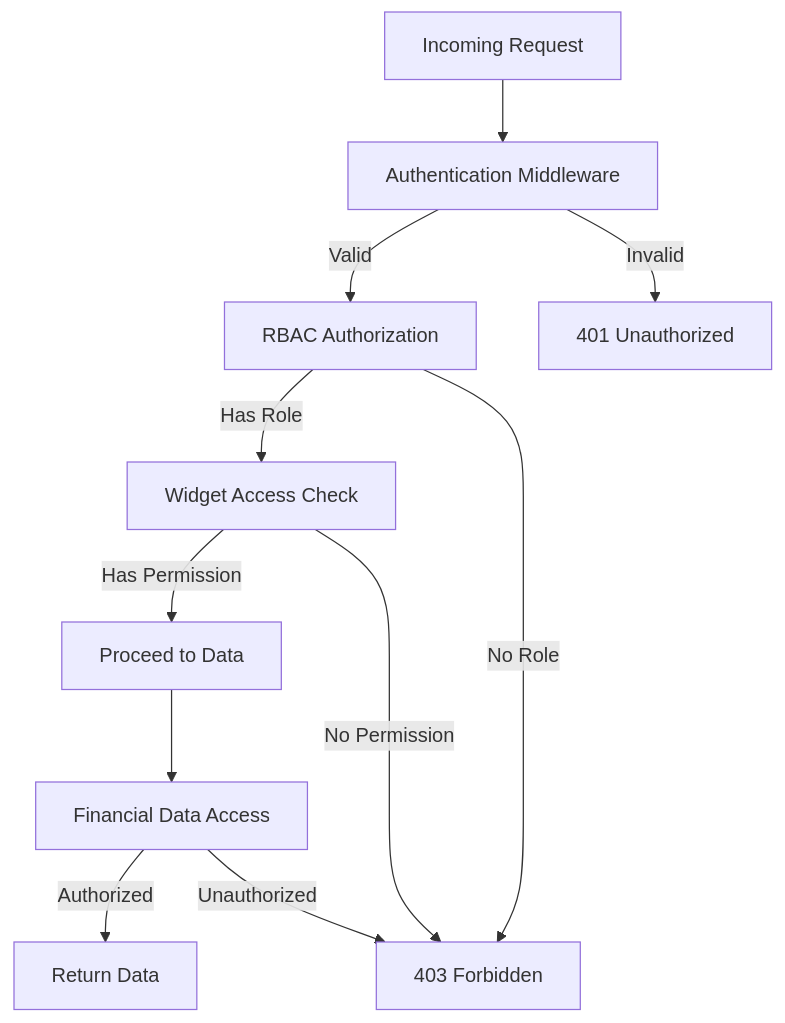
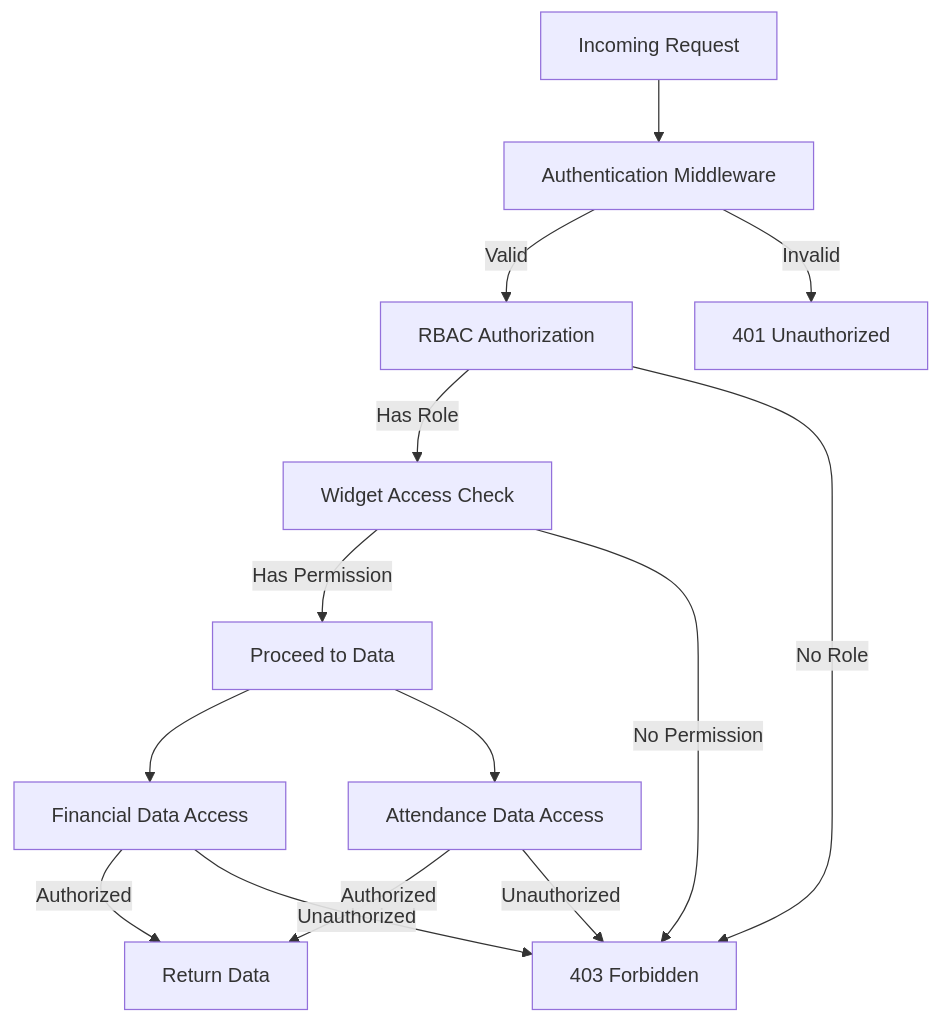
Before and after one commit to franckylab/eLISAschool: the tenth of 14 diagrams in .qoder/repowiki/en/content/Modules & Features/Dashboard System Implementation.md, drawn with Mermaid. The commit also changed other lines of this file and 433 other files, not shown here.

````diff
--- a/.qoder/repowiki/en/content/Modules & Features/Dashboard System Implementation.md
+++ b/.qoder/repowiki/en/content/Modules & Features/Dashboard System Implementation.md
@@ -413,13 +535,16 @@
 ```mermaid
 flowchart TD
 Request[Incoming Request] --> AuthCheck[Authentication Middleware]
 AuthCheck --> |Valid| RBAC[RBAC Authorization]
 AuthCheck --> |Invalid| Unauthorized[401 Unauthorized]
 RBAC --> |Has Role| WidgetAccess[Widget Access Check]
 RBAC --> |No Role| Forbidden[403 Forbidden]
 WidgetAccess --> |Has Permission| Proceed[Proceed to Data]
 WidgetAccess --> |No Permission| Forbidden
 Proceed --> FinancialCheck[Financial Data Access]
+Proceed --> AttendanceCheck[Attendance Data Access]
 FinancialCheck --> |Authorized| Response[Return Data]
 FinancialCheck --> |Unauthorized| Forbidden
+AttendanceCheck --> |Authorized| Response
+AttendanceCheck --> |Unauthorized| Forbidden
 ```
````
